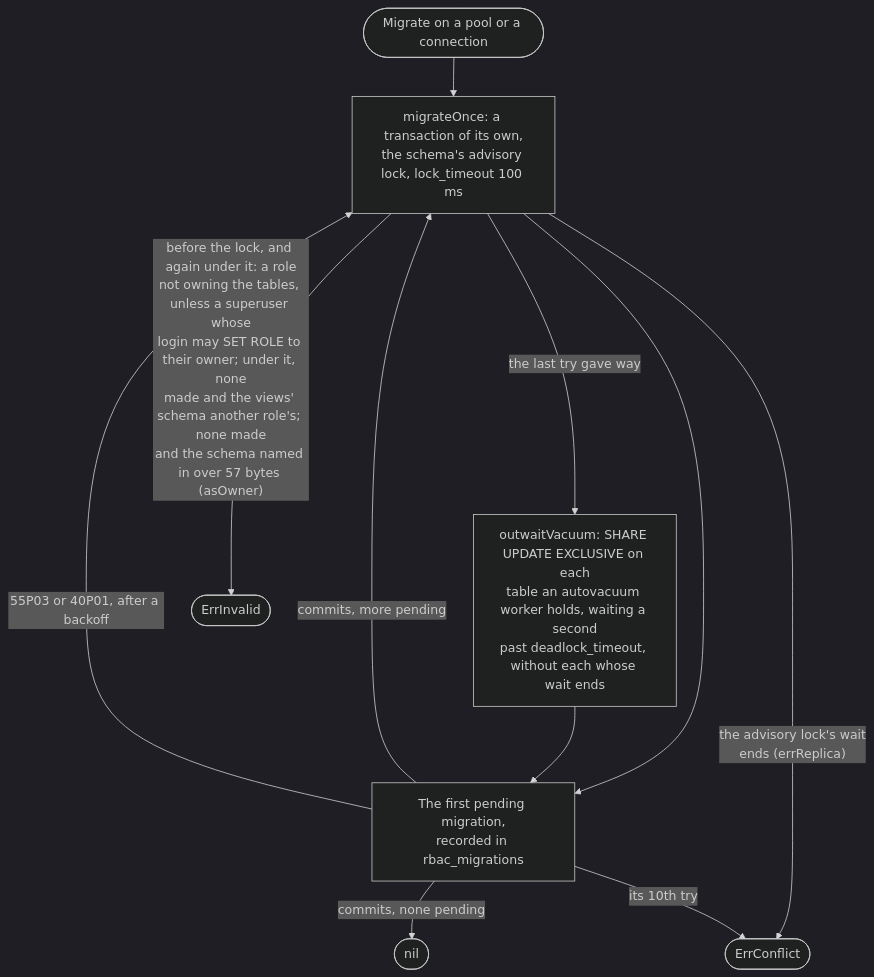
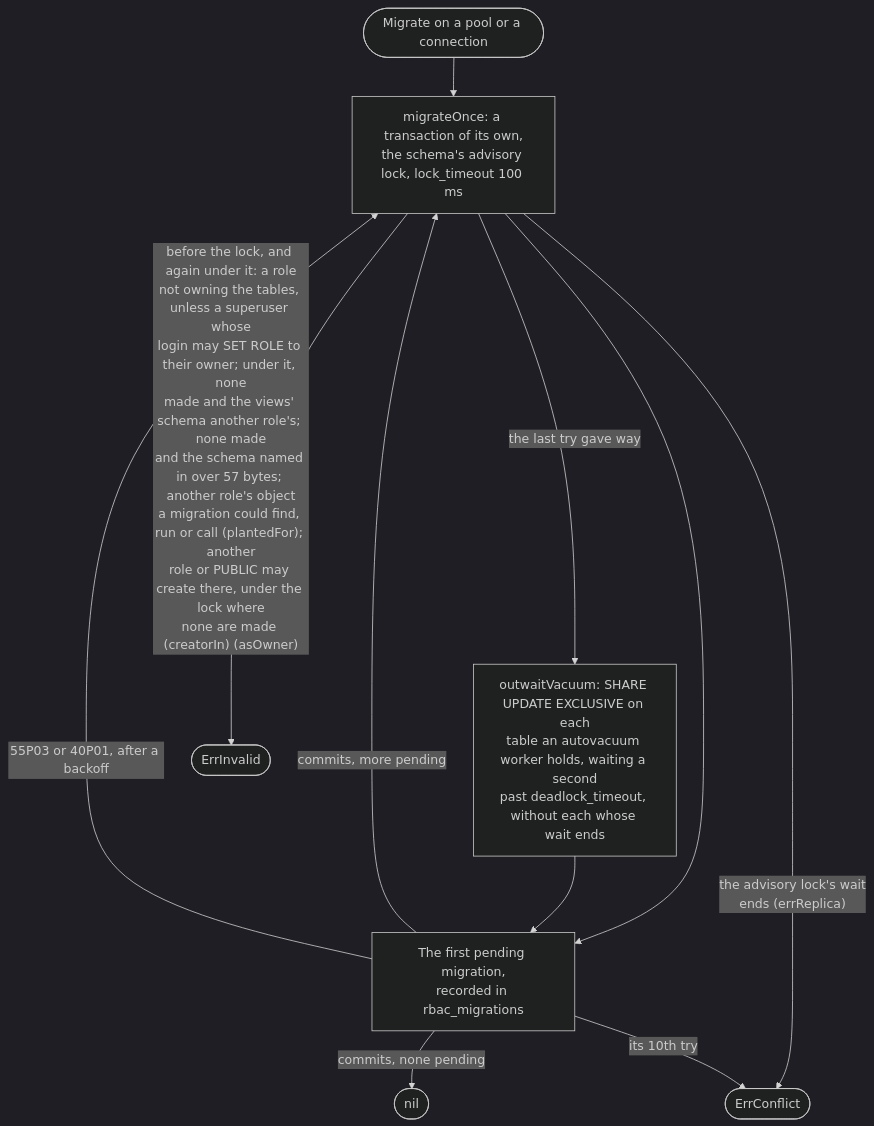
Before and after one commit to parallelworks/rbac: diagram 12 of 14 in docs/architecture.md, drawn with Mermaid (dark theme). The commit also changed other lines of this file and 1 other file, not shown here.

Commit message:
docs: Migrate refuses another role's object it could find, run or call, and a schema another role may create in, and migrates with its search_path pinned

````diff
--- a/docs/architecture.md
+++ b/docs/architecture.md
@@ -1545,13 +1570,13 @@
 ```mermaid
 flowchart TB
     start(["Migrate on a pool or a connection"]) --> tx["migrateOnce: a transaction of its own,<br/>the schema's advisory lock, lock_timeout 100 ms"]
     tx -->|"the last try gave way"| vac["outwaitVacuum: SHARE UPDATE EXCLUSIVE on each<br/>table an autovacuum worker holds, waiting a second<br/>past deadlock_timeout, without each whose wait ends"]
     tx --> one["The first pending migration,<br/>recorded in rbac_migrations"]
     vac --> one
     one -->|"commits, more pending"| tx
     one -->|"commits, none pending"| done(["nil"])
     tx -->|"the advisory lock's wait<br/>ends (errReplica)"| conflict(["ErrConflict"])
-    tx -->|"before the lock, and again under it: a role<br/>not owning the tables, unless a superuser whose<br/>login may SET ROLE to their owner; under it, none<br/>made and the views' schema another role's; none made<br/>and the schema named in over 57 bytes (asOwner)"| invalid(["ErrInvalid"])
+    tx -->|"before the lock, and again under it: a role<br/>not owning the tables, unless a superuser whose<br/>login may SET ROLE to their owner; under it, none<br/>made and the views' schema another role's; none made<br/>and the schema named in over 57 bytes; another role's object<br/>a migration could find, run or call (plantedFor); another<br/>role or PUBLIC may create there, under the lock where<br/>none are made (creatorIn) (asOwner)"| invalid(["ErrInvalid"])
     one -->|"55P03 or 40P01, after a backoff"| tx
     one -->|"its 10th try"| conflict
 ```
````
